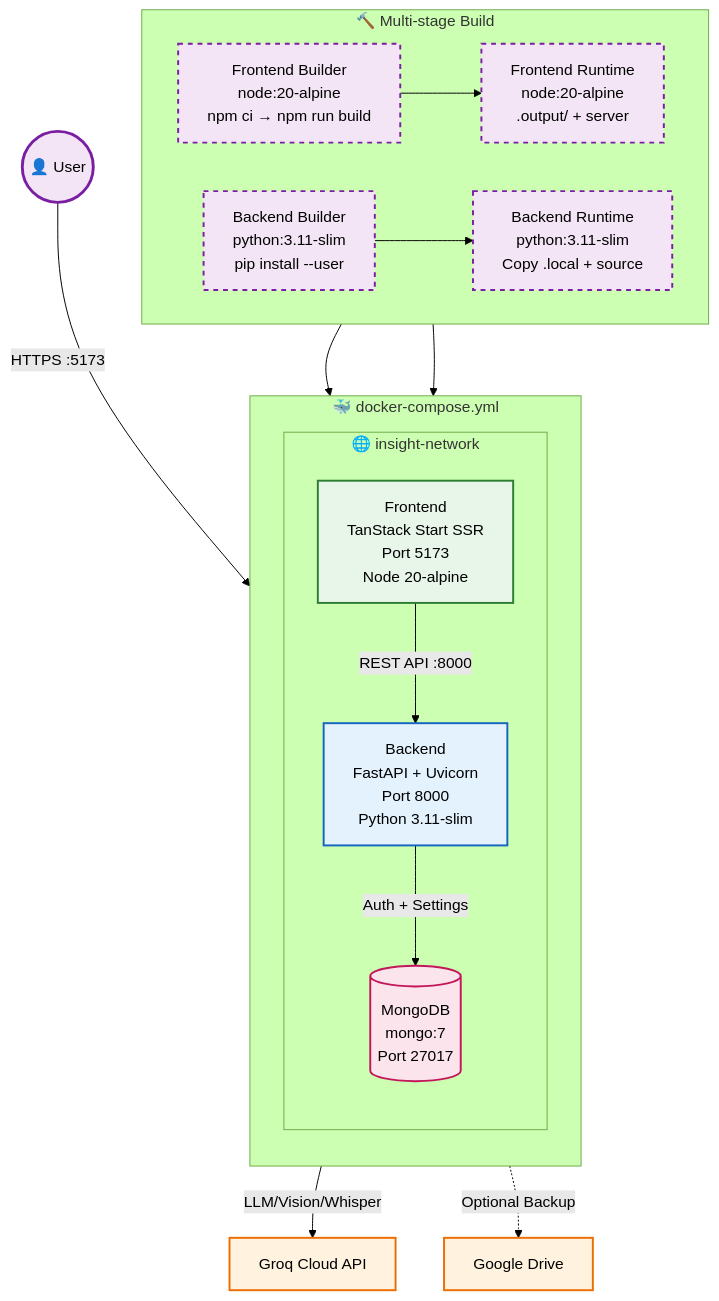
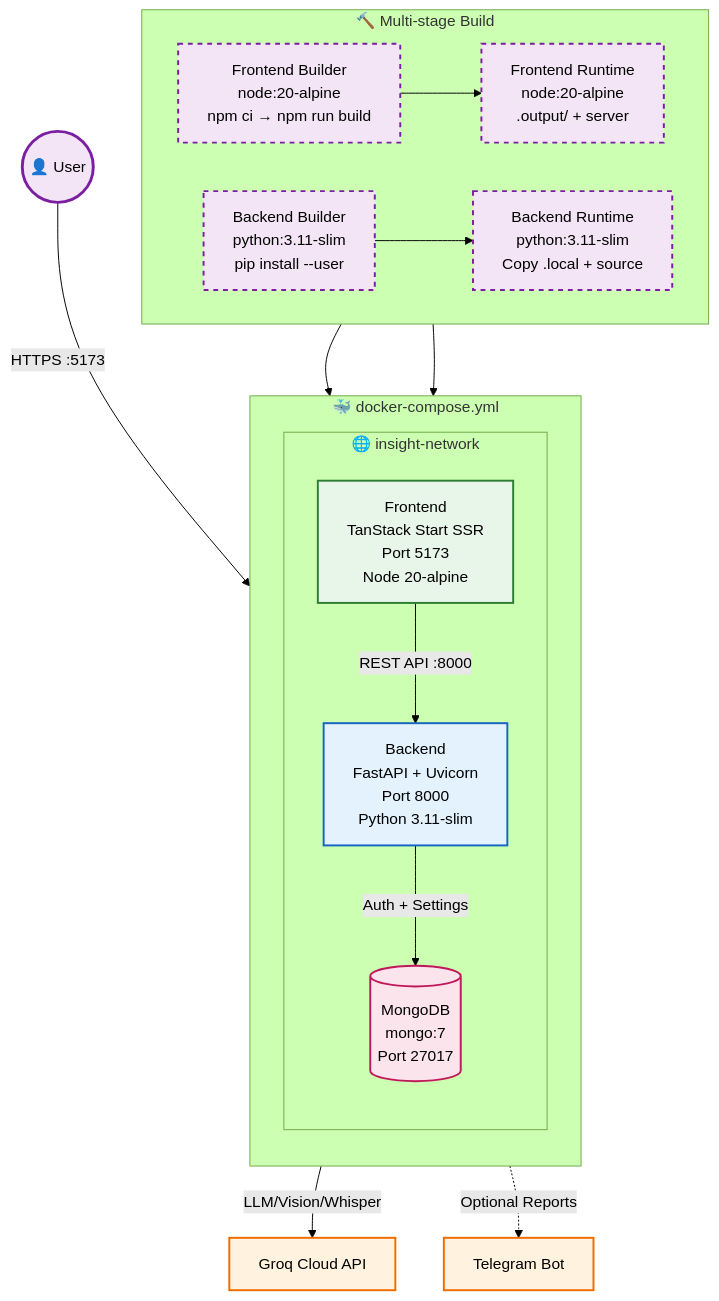
The diagram in README.md (Balaharan007/AI-DATA-ANALYSIS-DBO), drawn with Mermaid (forest theme) before and after one commit. The commit also changed other lines of this file and 147 other files, not shown here.

````diff
--- a/README.md
+++ b/README.md
@@ -134,46 +134,46 @@
 ```mermaid
 flowchart TB
     subgraph DockerCompose [🐳 docker-compose.yml]
         direction TB
         
         subgraph Net [🌐 insight-network]
             direction TB
             
             Mongo[(MongoDB<br/>mongo:7<br/>Port 27017)]
             
             Backend[Backend<br/>FastAPI + Uvicorn<br/>Port 8000<br/>Python 3.11-slim]
             
             Frontend[Frontend<br/>TanStack Start SSR<br/>Port 5173<br/>Node 20-alpine]
         end
     end
     
     User((👤 User)) -->|HTTPS :5173| Frontend
     Frontend -->|REST API :8000| Backend
     Backend -->|Auth + Settings| Mongo
     Backend -->|LLM/Vision/Whisper| Groq[Groq Cloud API]
-    Backend -.->|Optional Backup| Drive[Google Drive]
+    Backend -.->|Optional Reports| Telegram[Telegram Bot]
     
     %% Build Process
     subgraph Build [🔨 Multi-stage Build]
         direction LR
         B1[Frontend Builder<br/>node:20-alpine<br/>npm ci → npm run build] --> B2[Frontend Runtime<br/>node:20-alpine<br/>.output/ + server]
         B3[Backend Builder<br/>python:3.11-slim<br/>pip install --user] --> B4[Backend Runtime<br/>python:3.11-slim<br/>Copy .local + source]
     end
     
     B2 --> Frontend
     B4 --> Backend
     
     classDef user fill:#f3e5f5,stroke:#7b1fa2,stroke-width:3px;
     classDef frontend fill:#e8f5e9,stroke:#2e7d32,stroke-width:2px;
     classDef backend fill:#e3f2fd,stroke:#1565c0,stroke-width:2px;
     classDef db fill:#fce4ec,stroke:#c2185b,stroke-width:2px;
     classDef ext fill:#fff3e0,stroke:#ef6c00,stroke-width:2px;
     classDef build fill:#f3e5f5,stroke:#7b1fa2,stroke-width:2px,stroke-dasharray: 5 5;
     
     class User user;
     class Frontend frontend;
     class Backend backend;
     class Mongo db;
-    class Groq,Drive ext;
+    class Groq,Telegram ext;
     class B1,B2,B3,B4 build;
 ```
````
